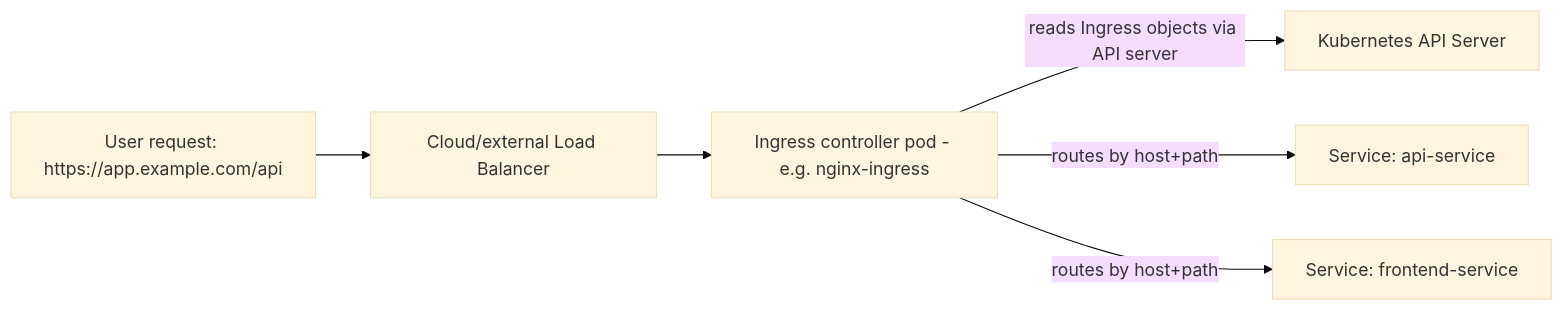
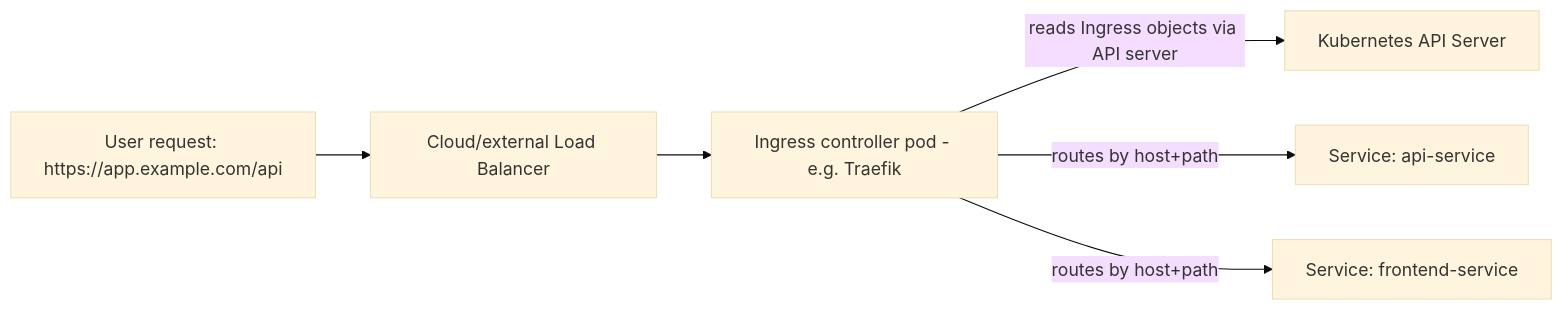
The diagram in docs/kubernetes/networking/03-ingress-and-ingress-controllers.md (sameeralam3127/compute-central-docs), drawn with Mermaid (base theme) before and after one commit. The commit also changed other lines of this file and 133 other files, not shown here.

````diff
--- a/docs/kubernetes/networking/03-ingress-and-ingress-controllers.md
+++ b/docs/kubernetes/networking/03-ingress-and-ingress-controllers.md
@@ -26,8 +29,8 @@
 ```mermaid
 flowchart LR
     U[User request: https://app.example.com/api] --> LB[Cloud/external Load Balancer]
-    LB --> IC[Ingress controller pod - e.g. nginx-ingress]
+    LB --> IC[Ingress controller pod - e.g. Traefik]
     IC -->|reads Ingress objects via API server| API[Kubernetes API Server]
     IC -->|routes by host+path| S1[Service: api-service]
     IC -->|routes by host+path| S2[Service: frontend-service]
 ```
````
